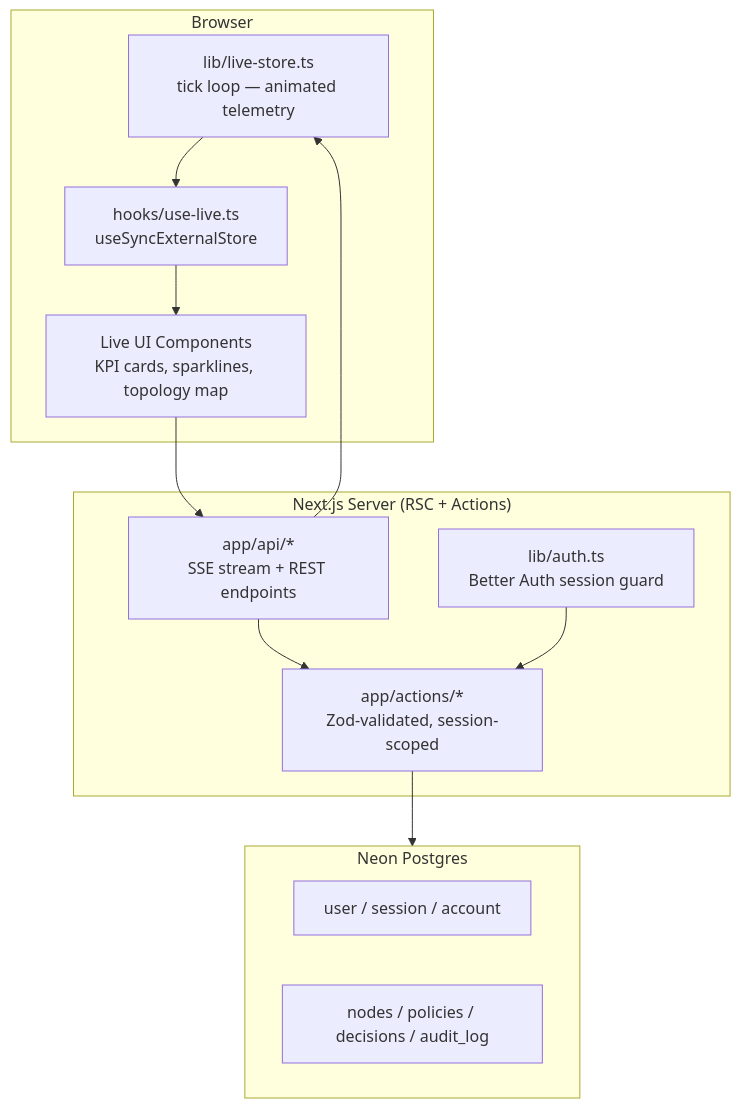
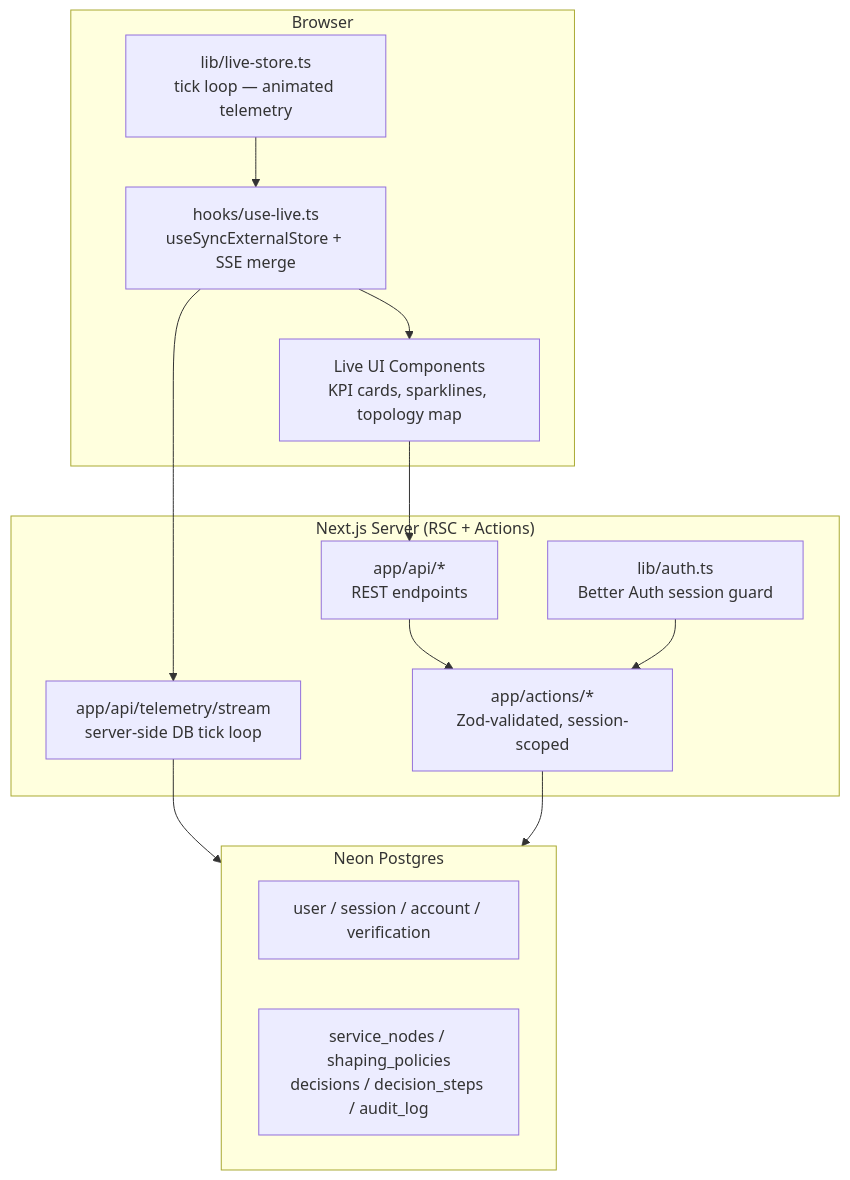
The first of 2 diagrams in README.md (BugHunterX2101/SentinalGateway), drawn with Mermaid before and after one commit. The commit also changed other lines of this file, not shown here.

Commit message:
feat: update tech stack and add Drizzle ORM, Better Auth, and SSE integration

````diff
--- a/README.md
+++ b/README.md
@@ -127,25 +137,27 @@
 ```mermaid
 graph TD
     subgraph Client["Browser"]
         SimEngine["lib/live-store.ts<br/>tick loop — animated telemetry"]
-        Hook["hooks/use-live.ts<br/>useSyncExternalStore"]
+        Hook["hooks/use-live.ts<br/>useSyncExternalStore + SSE merge"]
         UI["Live UI Components<br/>KPI cards, sparklines, topology map"]
     end
 
     subgraph Server["Next.js Server (RSC + Actions)"]
         Actions["app/actions/*<br/>Zod-validated, session-scoped"]
-        APIRoutes["app/api/*<br/>SSE stream + REST endpoints"]
+        SSE["app/api/telemetry/stream<br/>server-side DB tick loop"]
+        APIRoutes["app/api/*<br/>REST endpoints"]
         AuthLayer["lib/auth.ts<br/>Better Auth session guard"]
     end
 
     subgraph DB["Neon Postgres"]
-        AuthTables["user / session / account"]
-        AppTables["nodes / policies / decisions / audit_log"]
+        AuthTables["user / session / account / verification"]
+        AppTables["service_nodes / shaping_policies<br/>decisions / decision_steps / audit_log"]
     end
 
     SimEngine --> Hook --> UI
     UI --> APIRoutes
+    SSE --> DB
+    Hook --> SSE
     APIRoutes --> Actions --> DB
     AuthLayer --> Actions
-    APIRoutes --> SimEngine
 ```
````
